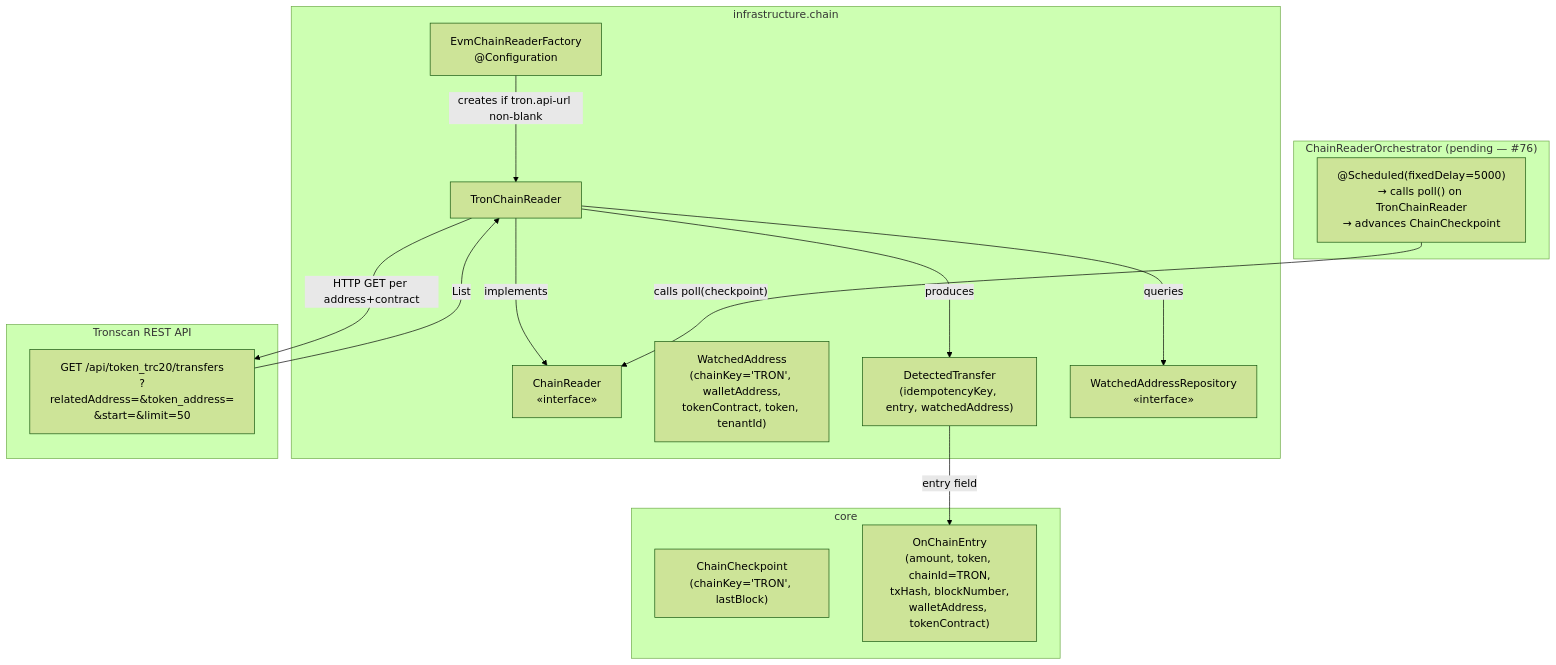
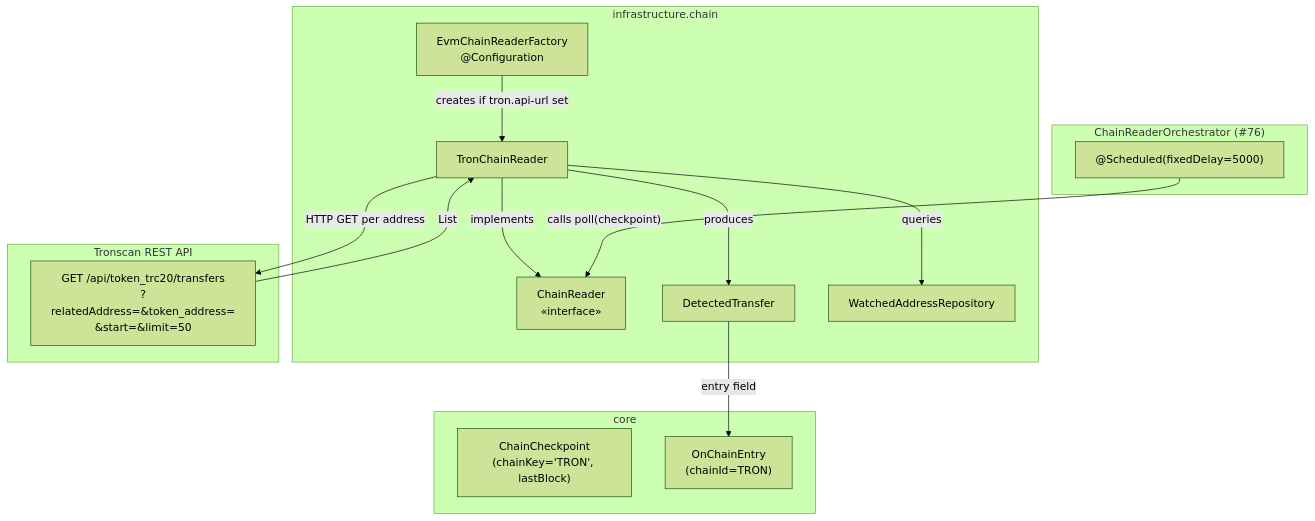
One commit to idem-finance/idem changed the first of 4 diagrams in docs/tron-chain-reader.md. Above: the diagram before and after it, drawn with Mermaid (forest theme). The commit also changed other lines of this file and 2 other files, not shown here.

````diff
--- a/docs/tron-chain-reader.md
+++ b/docs/tron-chain-reader.md
@@ -50,33 +31,32 @@
 ```mermaid
 graph TD
     subgraph core
         ChainCheckpoint["ChainCheckpoint\n(chainKey='TRON', lastBlock)"]
-        OnChainEntry["OnChainEntry\n(amount, token, chainId=TRON,\ntxHash, blockNumber,\nwalletAddress, tokenContract)"]
+        OnChainEntry["OnChainEntry\n(chainId=TRON)"]
     end
 
     subgraph infrastructure.chain
         CR["ChainReader\n«interface»"]
         TCR["TronChainReader"]
         FACTORY["EvmChainReaderFactory\n@Configuration"]
-        WA["WatchedAddress\n(chainKey='TRON', walletAddress,\ntokenContract, token, tenantId)"]
-        DT["DetectedTransfer\n(idempotencyKey, entry, watchedAddress)"]
-        WAR["WatchedAddressRepository\n«interface»"]
+        DT["DetectedTransfer"]
+        WAR["WatchedAddressRepository"]
     end
 
     subgraph tronscan["Tronscan REST API"]
         TAPI["GET /api/token_trc20/transfers\n?relatedAddress=&token_address=\n&start=&limit=50"]
     end
 
-    subgraph orchestrator["ChainReaderOrchestrator (pending — #76)"]
-        ORCH["@Scheduled(fixedDelay=5000)\n→ calls poll() on TronChainReader\n→ advances ChainCheckpoint"]
+    subgraph orchestrator["ChainReaderOrchestrator (#76)"]
+        ORCH["@Scheduled(fixedDelay=5000)"]
     end
 
-    FACTORY -->|"creates if tron.api-url non-blank"| TCR
+    FACTORY -->|"creates if tron.api-url set"| TCR
     TCR -->|"implements"| CR
     TCR -->|"queries"| WAR
-    TCR -->|"HTTP GET per address+contract"| TAPI
+    TCR -->|"HTTP GET per address"| TAPI
     TAPI -->|"List<TronTransfer>"| TCR
     TCR -->|"produces"| DT
     DT -->|"entry field"| OnChainEntry
     ORCH -->|"calls poll(checkpoint)"| CR
 ```
````
